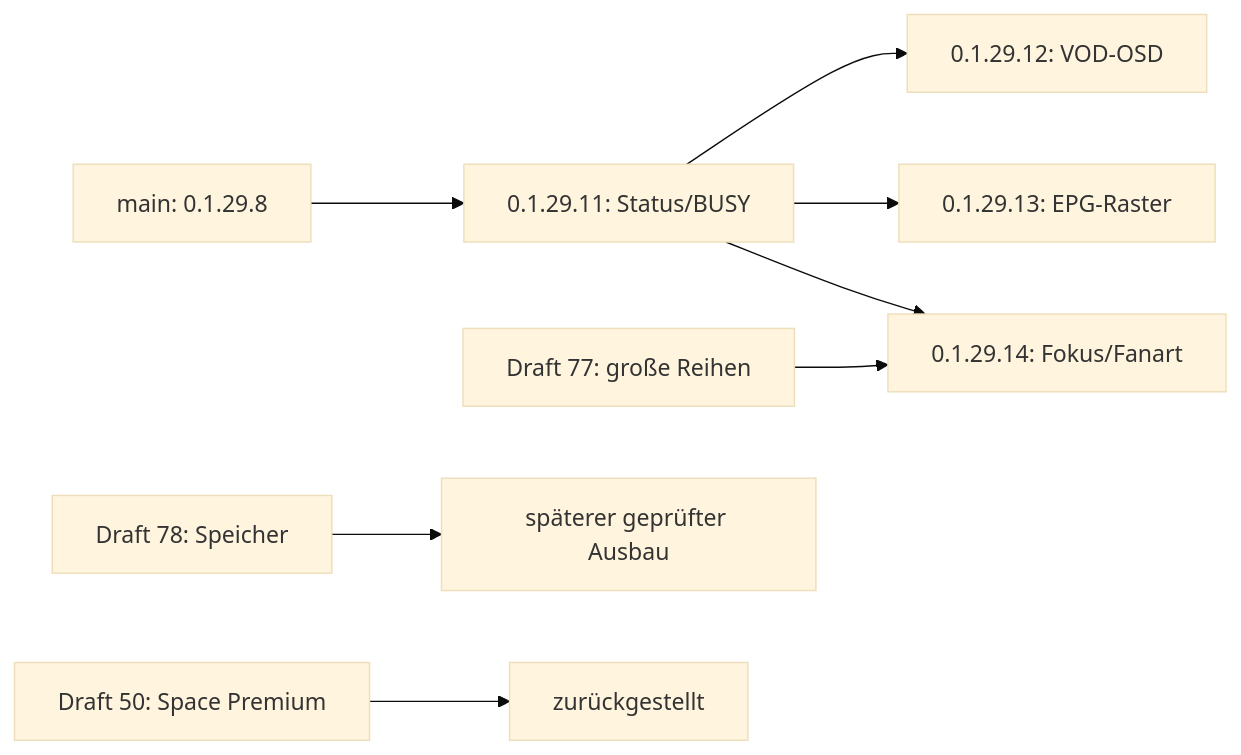
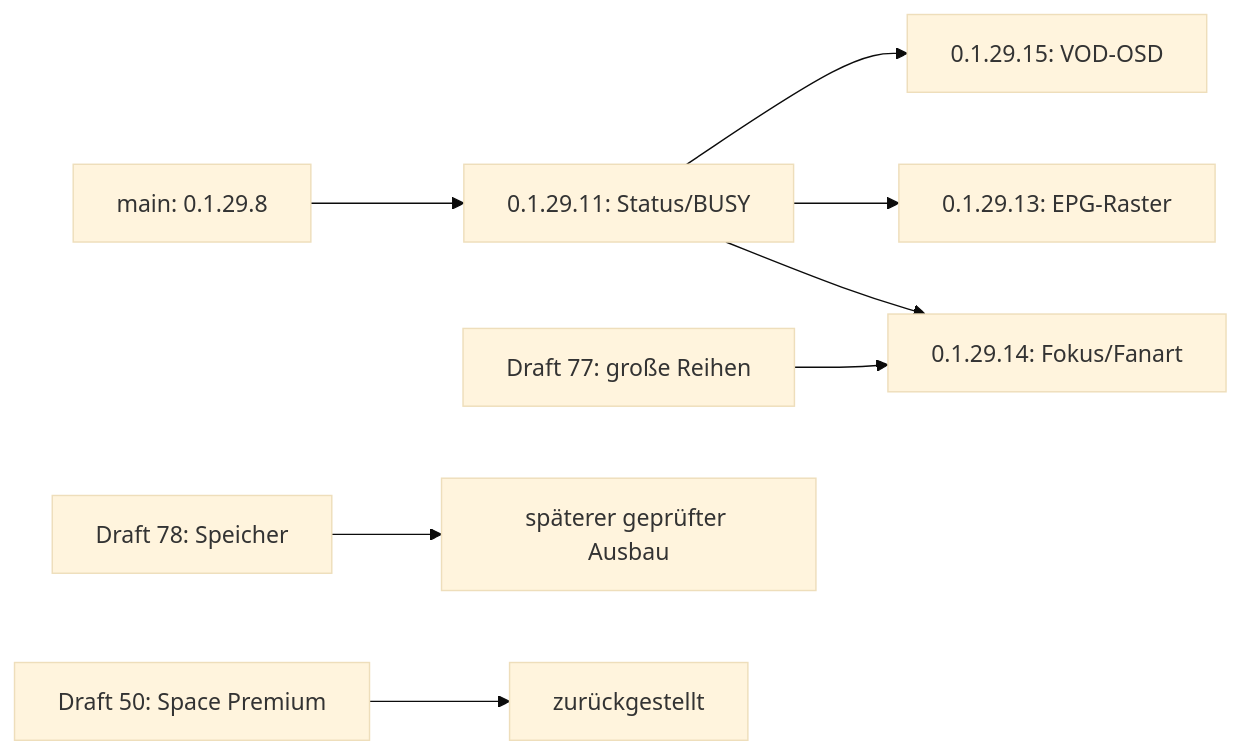
One commit to artattakk-creator/kodi-noodleprivate changed the diagram in docs/XCMate/INTEGRATION_02911_BIS_02914_DE.md. Above: the diagram before and after it, drawn with Mermaid (base theme). The commit also changed other lines of this file and 2 other files, not shown here.

````diff
--- a/docs/XCMate/INTEGRATION_02911_BIS_02914_DE.md
+++ b/docs/XCMate/INTEGRATION_02911_BIS_02914_DE.md
@@ -8,10 +8,10 @@
 ```mermaid
 flowchart LR
   A[main: 0.1.29.8] --> B[0.1.29.11: Status/BUSY]
-  B --> C[0.1.29.12: VOD-OSD]
+  B --> C[0.1.29.15: VOD-OSD]
   B --> D[0.1.29.13: EPG-Raster]
   B --> E[0.1.29.14: Fokus/Fanart]
   F[Draft 77: große Reihen] --> E
   G[Draft 78: Speicher] --> H[späterer geprüfter Ausbau]
   I[Draft 50: Space Premium] --> J[zurückgestellt]
 ```
````
